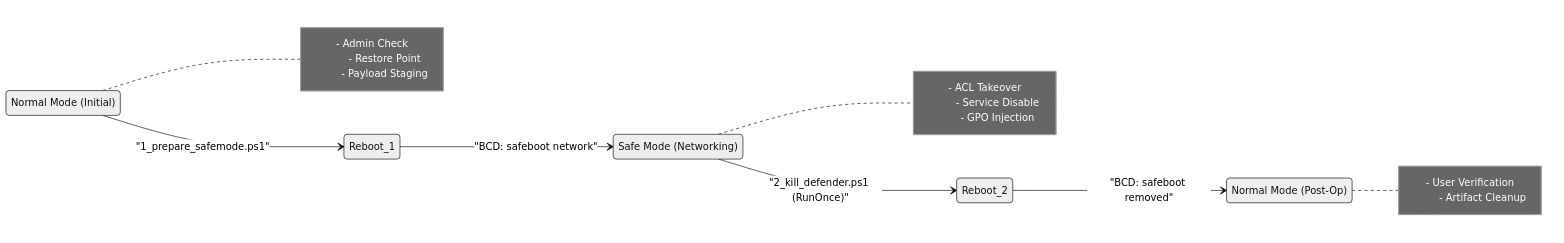
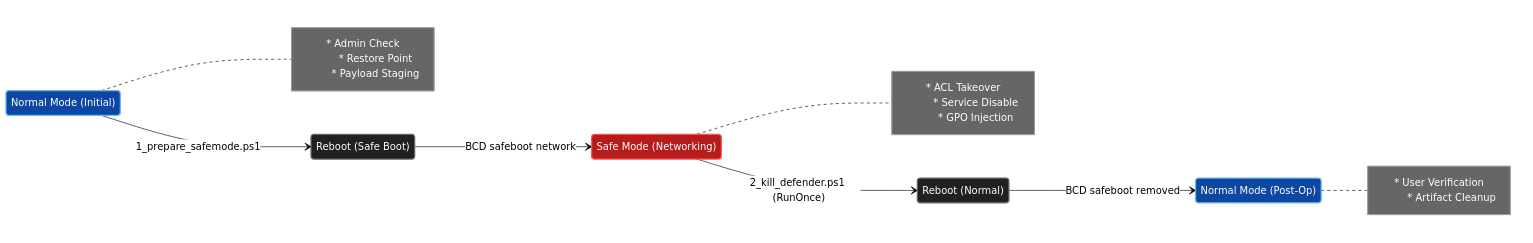
Before and after one commit to FeelTheFonk/killSlop: the first of 3 diagrams in README.md, drawn with Mermaid (neutral theme). The commit also changed other lines of this file and 3 other files, not shown here.

````diff
--- a/README.md
+++ b/README.md
@@ -16,30 +16,40 @@
 ```mermaid
 stateDiagram-v2
     direction LR
-    
+
+    classDef dark fill:#212121,stroke:#666,stroke-width:2px,color:#fff
+    classDef norm fill:#0d47a1,stroke:#64b5f6,stroke-width:2px,color:#fff
+    classDef safe fill:#b71c1c,stroke:#ff5252,stroke-width:2px,color:#fff
+
     state "Normal Mode (Initial)" as NM1
+    state "Reboot (Safe Boot)" as Reboot_1
     state "Safe Mode (Networking)" as SM
+    state "Reboot (Normal)" as Reboot_2
     state "Normal Mode (Post-Op)" as NM2
-    
-    NM1 --> Reboot_1: "1_prepare_safemode.ps1"
-    Reboot_1 --> SM: "BCD: safeboot network"
-    SM --> Reboot_2: "2_kill_defender.ps1 (RunOnce)"
-    Reboot_2 --> NM2: "BCD: safeboot removed"
-    
+
+    NM1 --> Reboot_1 : 1_prepare_safemode.ps1
+    Reboot_1 --> SM : BCD safeboot network
+    SM --> Reboot_2 : 2_kill_defender.ps1 (RunOnce)
+    Reboot_2 --> NM2 : BCD safeboot removed
+
     note right of NM1
-        - Admin Check
-        - Restore Point
-        - Payload Staging
+        * Admin Check
+        * Restore Point
+        * Payload Staging
     end note
-    
+
     note right of SM
-        - ACL Takeover
-        - Service Disable
-        - GPO Injection
+        * ACL Takeover
+        * Service Disable
+        * GPO Injection
     end note
-    
+
     note right of NM2
-        - User Verification
-        - Artifact Cleanup
+        * User Verification
+        * Artifact Cleanup
     end note
+
+    class NM1,NM2 norm
+    class SM safe
+    class Reboot_1,Reboot_2 dark
 ```
````
